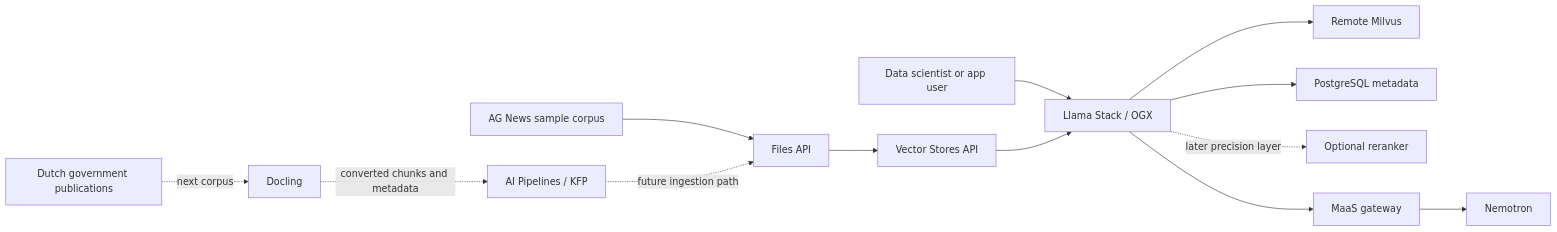
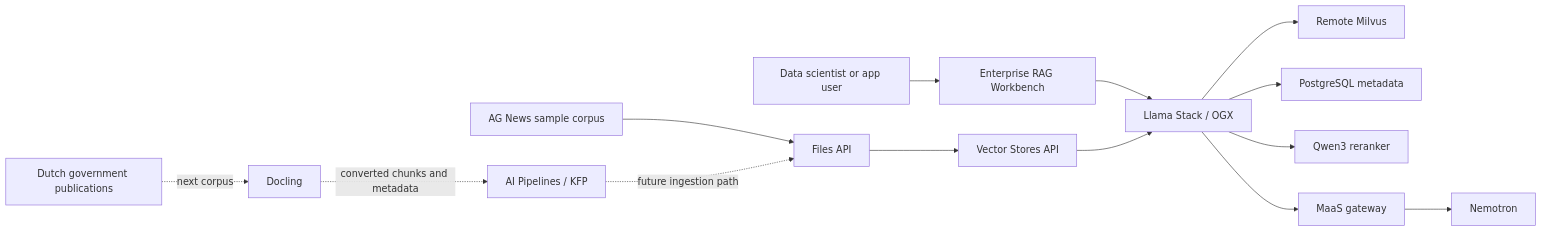
One commit to adnan-drina/rhoai3-demo changed the diagram in stage-230-private-data-rag/README.md. Above: the diagram before and after it, drawn with Mermaid. The commit also changed other lines of this file and 27 other files, not shown here.

Commit message:
feat(stage-230): add enterprise rag workbench

````diff
--- a/stage-230-private-data-rag/README.md
+++ b/stage-230-private-data-rag/README.md
@@ -48,29 +55,31 @@
 ```mermaid
 flowchart LR
   user["Data scientist or app user"]
   corpus["AG News sample corpus"]
   files["Files API"]
   vectors["Vector Stores API"]
   stack["Llama Stack / OGX"]
   milvus["Remote Milvus"]
   pg["PostgreSQL metadata"]
-  reranker["Optional reranker"]
+  reranker["Qwen3 reranker"]
+  workbench["Enterprise RAG Workbench"]
   maas["MaaS gateway"]
   nemotron["Nemotron"]
   nl_docs["Dutch government publications"]
   docling["Docling"]
   kfp["AI Pipelines / KFP"]
 
-  user --> stack
+  user --> workbench
+  workbench --> stack
   corpus --> files
   files --> vectors
   vectors --> stack
   stack --> milvus
   stack --> pg
-  stack -. "later precision layer" .-> reranker
+  stack --> reranker
   stack --> maas
   maas --> nemotron
   nl_docs -. "next corpus" .-> docling
   docling -. "converted chunks and metadata" .-> kfp
   kfp -. "future ingestion path" .-> files
 ```
````
